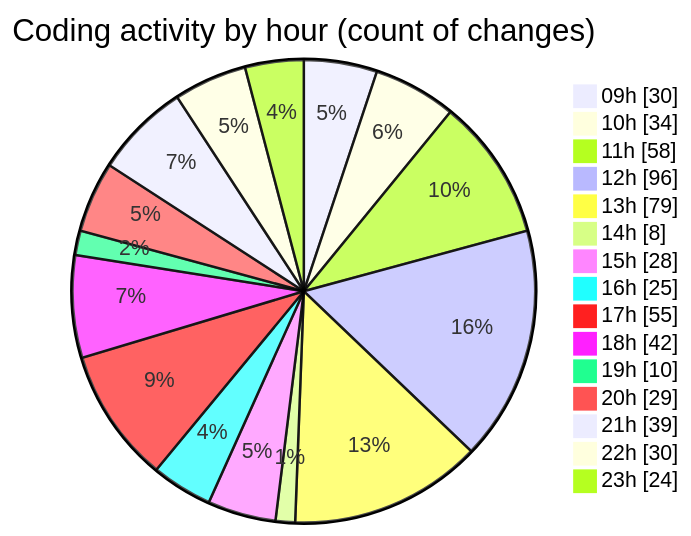
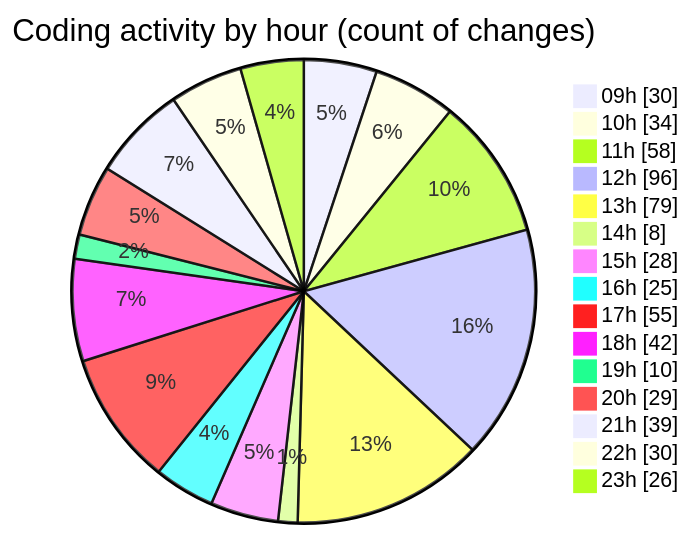
The second of 2 diagrams in 2025-04-02/cda/README.md (momahboobian/code-tracking), drawn with Mermaid before and after one commit. The commit also changed other lines of this file and 1 other file, not shown here.

````diff
--- a/2025-04-02/cda/README.md
+++ b/2025-04-02/cda/README.md
@@ -40,19 +40,19 @@
 ```mermaid
 pie showData
 title Coding activity by hour (count of changes)
 "09h" : 30
 "10h" : 34
 "11h" : 58
 "12h" : 96
 "13h" : 79
 "14h" : 8
 "15h" : 28
 "16h" : 25
 "17h" : 55
 "18h" : 42
 "19h" : 10
 "20h" : 29
 "21h" : 39
 "22h" : 30
-"23h" : 24
+"23h" : 26
 ```
````
